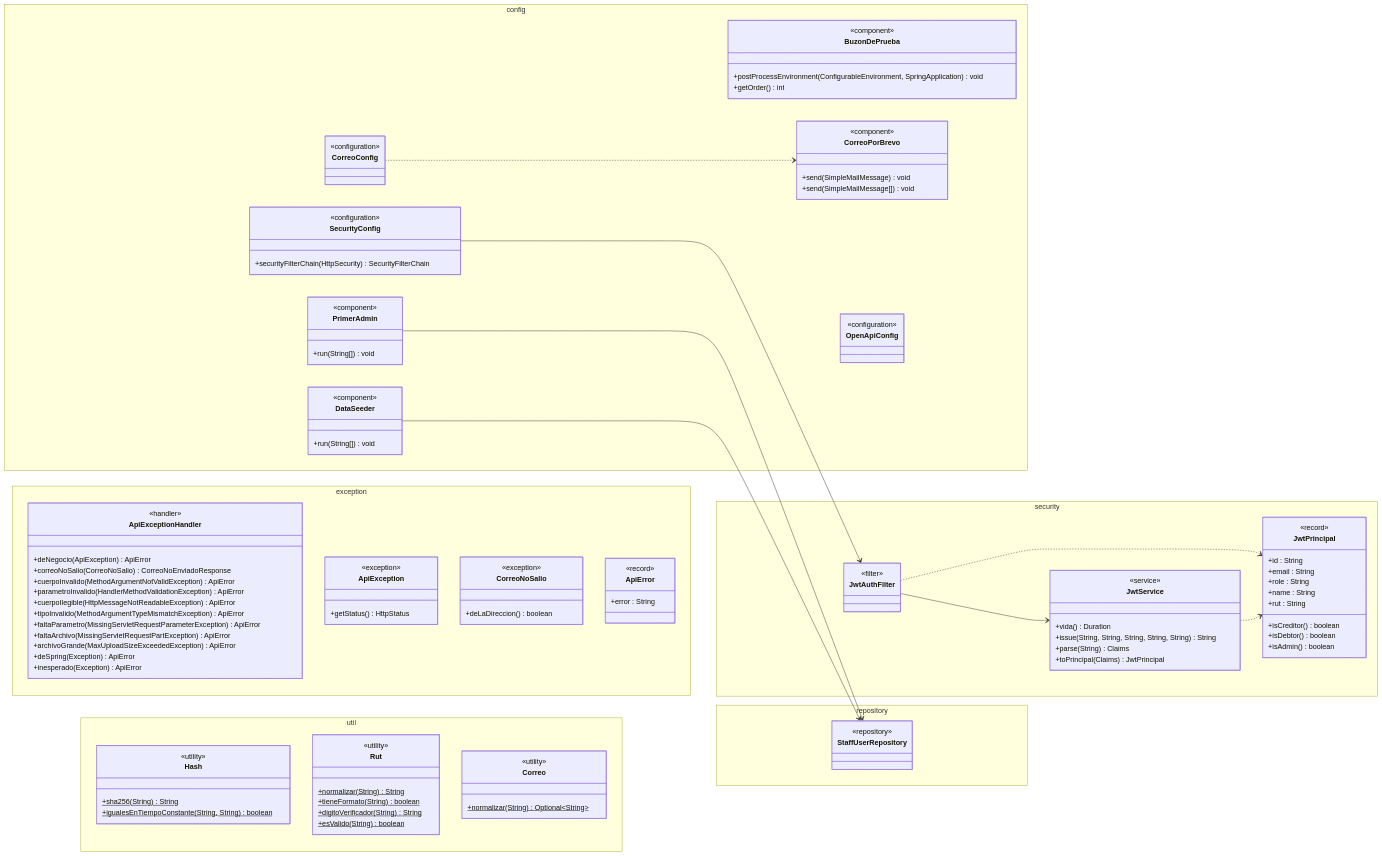
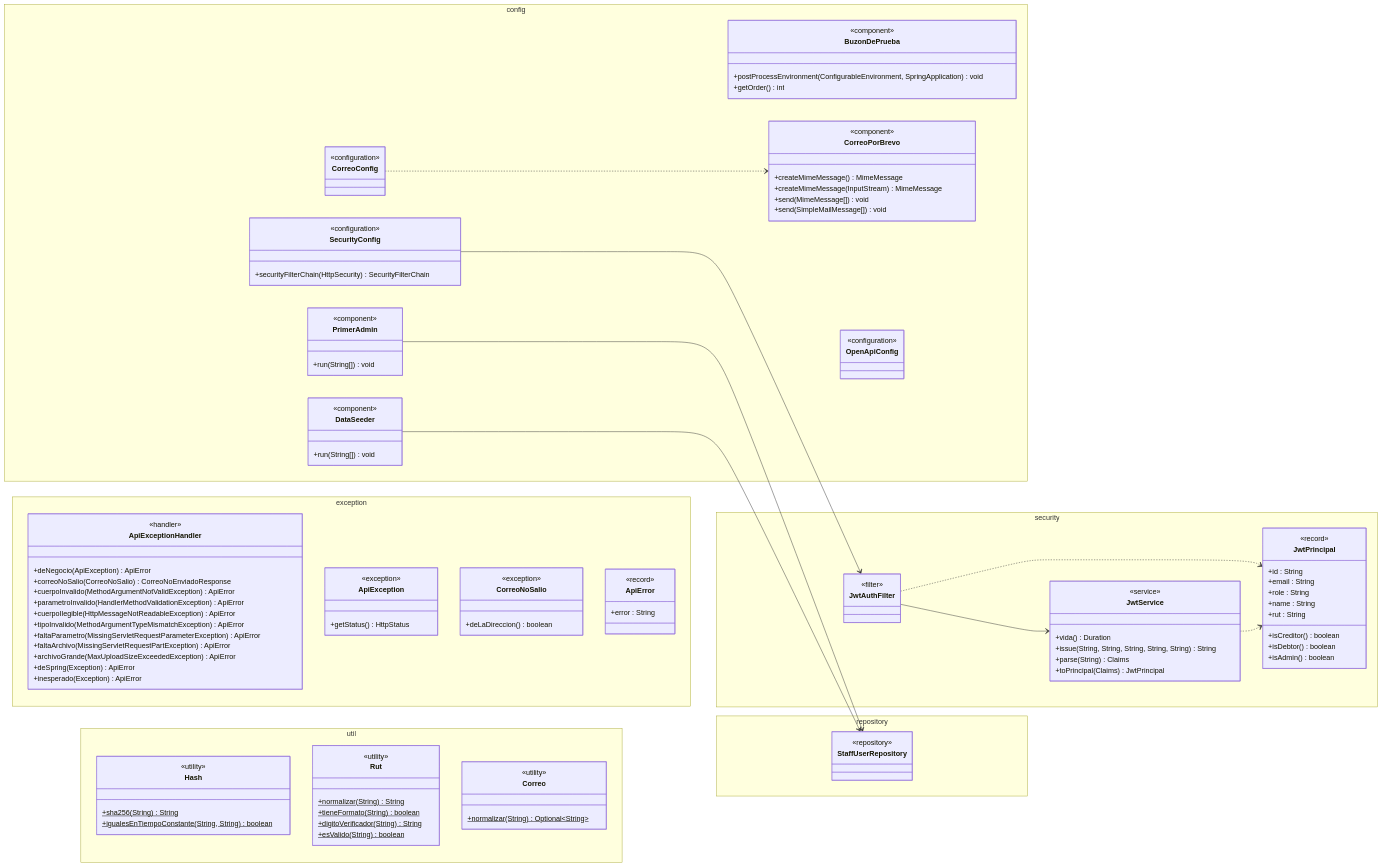
The fourth of 17 diagrams in docs/diagramas/clases.md (TechnicalBridge/DataBridge), drawn with Mermaid before and after one commit. The commit also changed other lines of this file and 24 other files, not shown here.

```diff
--- a/docs/diagramas/clases.md
+++ b/docs/diagramas/clases.md
@@ -483,7 +494,9 @@
         }
         class CorreoPorBrevo {
             <<component>>
-            +send(SimpleMailMessage) void
+            +createMimeMessage() MimeMessage
+            +createMimeMessage(InputStream) MimeMessage
+            +send(MimeMessage[]) void
             +send(SimpleMailMessage[]) void
         }
         class OpenApiConfig {
```
